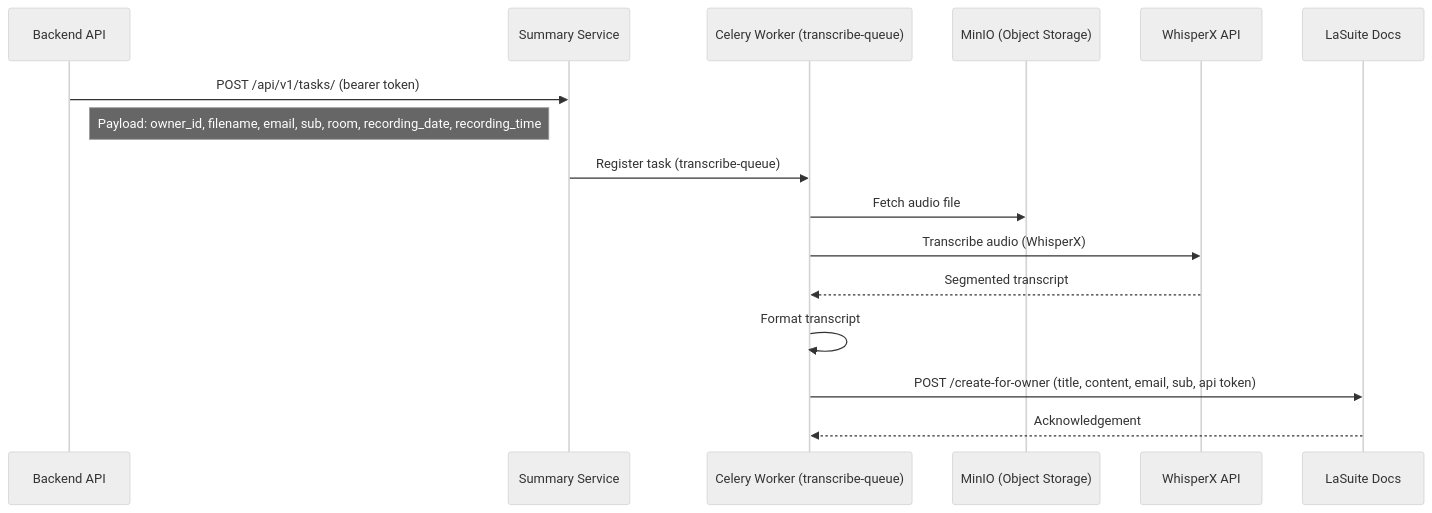
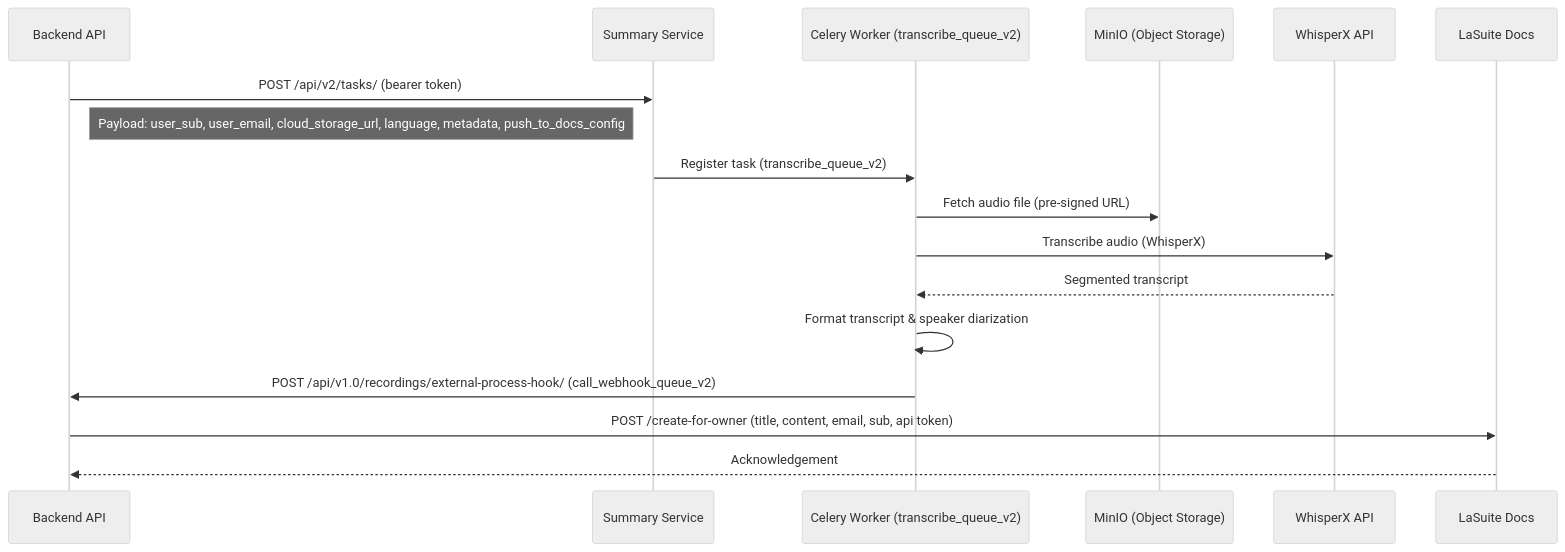
Before and after one commit to suitenumerique/meet: the diagram in docs/self-hosting/configuration/transcription.md, drawn with Mermaid (neutral theme). The commit also changed other lines of this file and 4 other files, not shown here.

````diff
--- a/docs/self-hosting/configuration/transcription.md
+++ b/docs/self-hosting/configuration/transcription.md
@@ -18,20 +30,21 @@
 ```mermaid
 sequenceDiagram
   participant Backend as Backend API
   participant Summary as Summary Service
-  participant Celery as Celery Worker (transcribe-queue)
+  participant Celery as Celery Worker (transcribe_queue_v2)
   participant MinIO as MinIO (Object Storage)
   participant STT as WhisperX API
   participant Docs as LaSuite Docs
 
-  Backend->>Summary: POST /api/v1/tasks/ (bearer token)
-  Note right of Backend: Payload: owner_id, filename, email, sub, room, recording_date, recording_time
+  Backend->>Summary: POST /api/v2/tasks/ (bearer token)
+  Note right of Backend: Payload: user_sub, user_email, cloud_storage_url, language, metadata, push_to_docs_config
 
-  Summary->>Celery: Register task (transcribe-queue)
-  Celery->>MinIO: Fetch audio file
+  Summary->>Celery: Register task (transcribe_queue_v2)
+  Celery->>MinIO: Fetch audio file (pre-signed URL)
   Celery->>STT: Transcribe audio (WhisperX)
   STT-->>Celery: Segmented transcript
-  Celery->>Celery: Format transcript
-  Celery->>Docs: POST /create-for-owner (title, content, email, sub, api token)
-  Docs-->>Celery: Acknowledgement
+  Celery->>Celery: Format transcript & speaker diarization
+  Celery->>Backend: POST /api/v1.0/recordings/external-process-hook/ (call_webhook_queue_v2)
+  Backend->>Docs: POST /create-for-owner (title, content, email, sub, api token)
+  Docs-->>Backend: Acknowledgement
 ```
````
